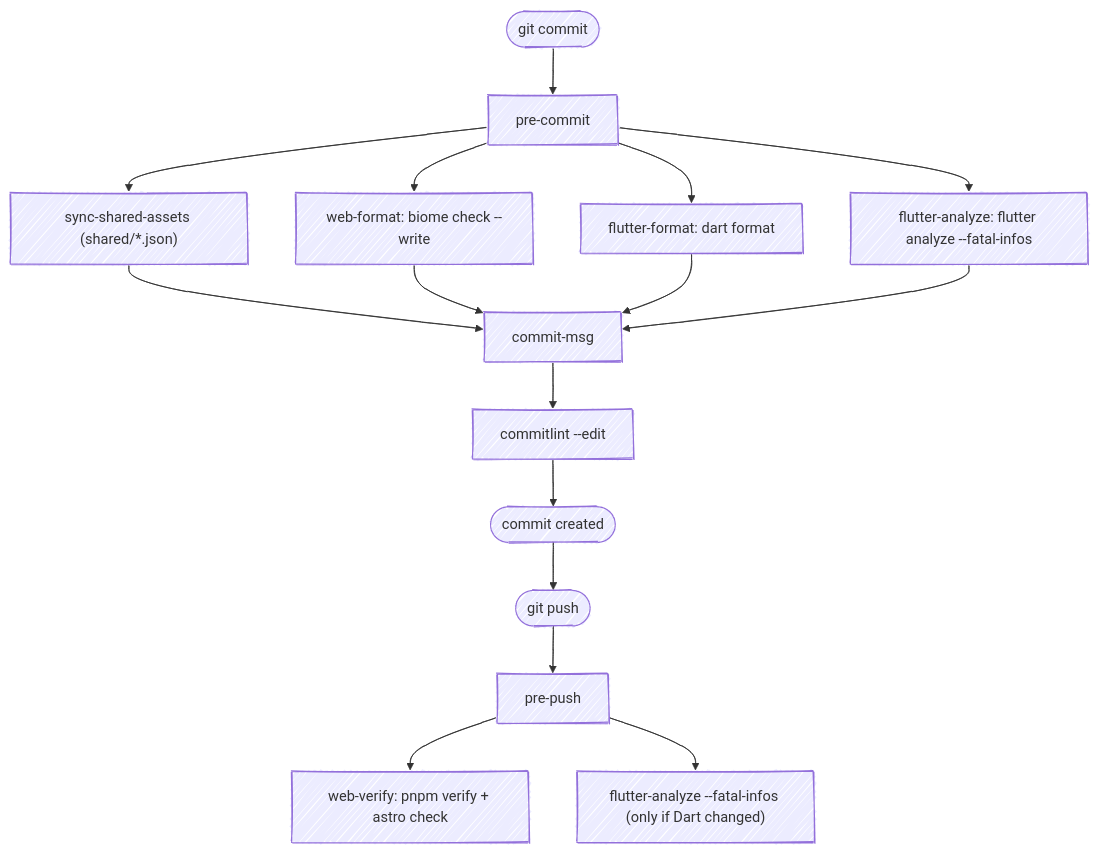
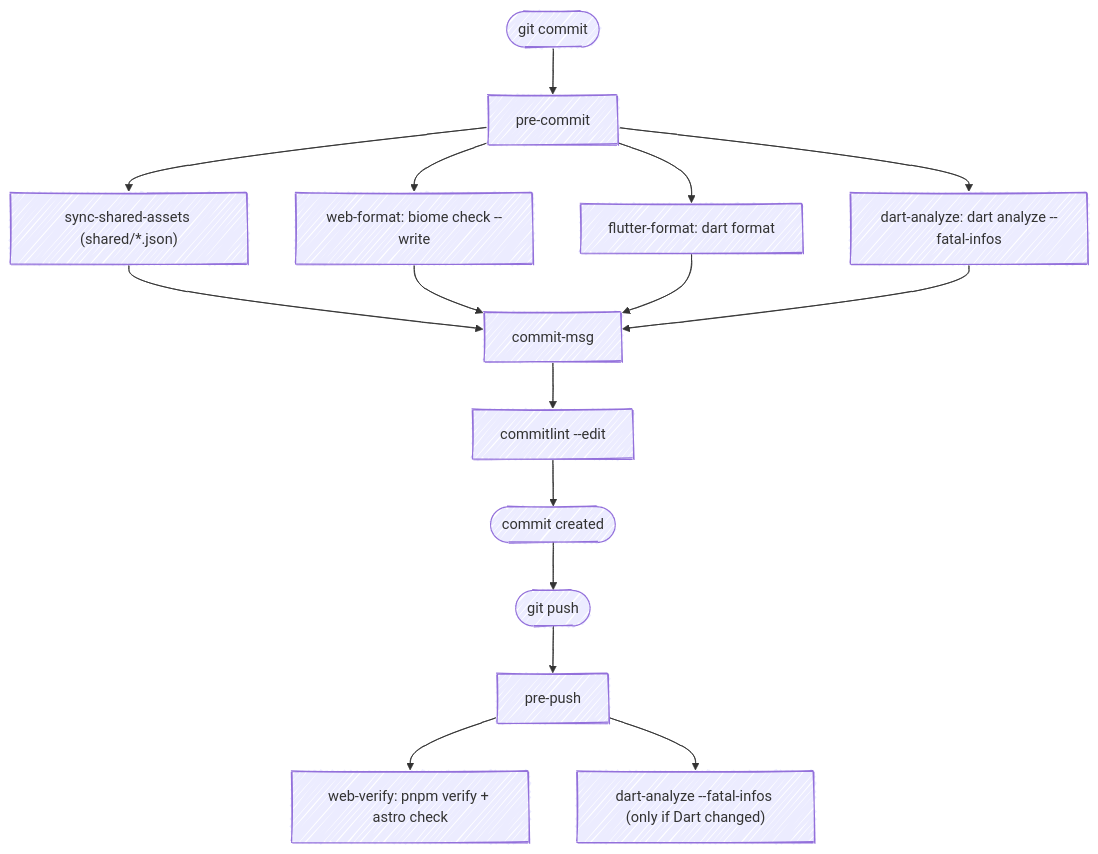
The diagram in docs/wiki/Git-Hooks.md (fbuireu/contribKit), drawn with Mermaid before and after one commit. The commit also changed other lines of this file and 10 other files, not shown here.

````diff
--- a/docs/wiki/Git-Hooks.md
+++ b/docs/wiki/Git-Hooks.md
@@ -46,18 +46,18 @@
 ```mermaid
 ---
 config:
   look: handDrawn
 ---
 flowchart TD
     commit(["git commit"]) --> pc["pre-commit"]
     pc --> sync["sync-shared-assets (shared/*.json)"]
     pc --> webfmt["web-format: biome check --write"]
     pc --> dartfmt["flutter-format: dart format"]
-    pc --> analyze["flutter-analyze: flutter analyze --fatal-infos"]
+    pc --> analyze["dart-analyze: dart analyze --fatal-infos"]
     sync & webfmt & dartfmt & analyze --> cm["commit-msg"]
     cm --> lint["commitlint --edit"]
     lint --> done(["commit created"])
     done --> push(["git push"]) --> pp["pre-push"]
     pp --> webcheck["web-verify: pnpm verify + astro check"]
-    pp --> dartcheck["flutter-analyze --fatal-infos (only if Dart changed)"]
+    pp --> dartcheck["dart-analyze --fatal-infos (only if Dart changed)"]
 ```
````
